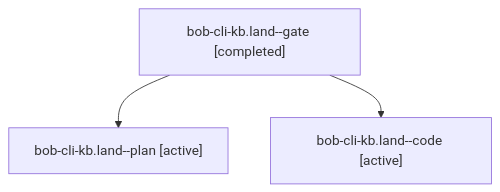
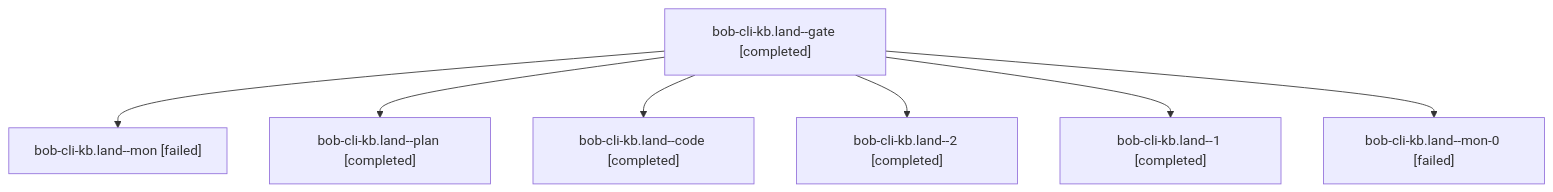
One commit to bobs-org/bob-cli--agents changed the diagram in sessions/bbugyi200.athena.bob-cli-kb.land.md. Above: the diagram before and after it, drawn with Mermaid. The commit also changed other lines of this file and 102 other files, not shown here.

````diff
--- a/sessions/bbugyi200.athena.bob-cli-kb.land.md
+++ b/sessions/bbugyi200.athena.bob-cli-kb.land.md
@@ -9,8 +9,16 @@
 ```mermaid
 flowchart TD
   n0["bob-cli-kb.land--gate [completed]"]
-  n1["bob-cli-kb.land--plan [active]"]
+  n1["bob-cli-kb.land--mon [failed]"]
   n0 --> n1
-  n2["bob-cli-kb.land--code [active]"]
+  n2["bob-cli-kb.land--plan [completed]"]
   n0 --> n2
+  n3["bob-cli-kb.land--code [completed]"]
+  n0 --> n3
+  n4["bob-cli-kb.land--2 [completed]"]
+  n0 --> n4
+  n5["bob-cli-kb.land--1 [completed]"]
+  n0 --> n5
+  n6["bob-cli-kb.land--mon-0 [failed]"]
+  n0 --> n6
 ```
````
